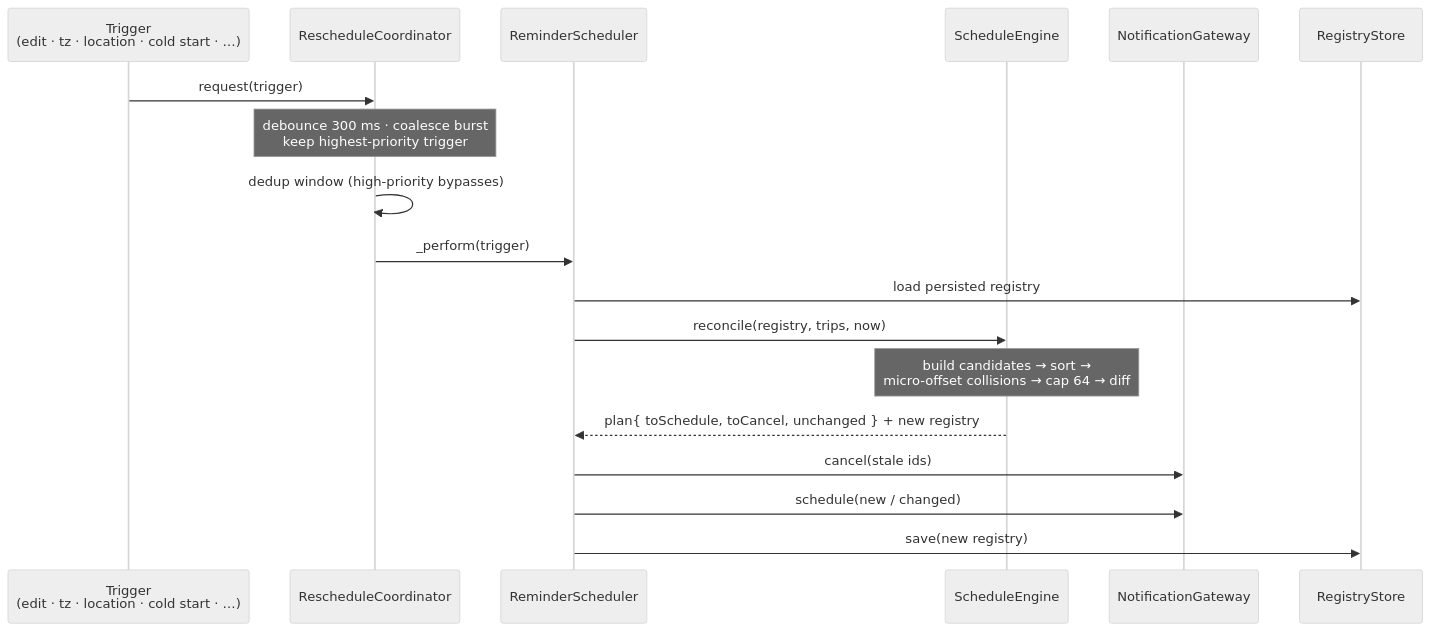
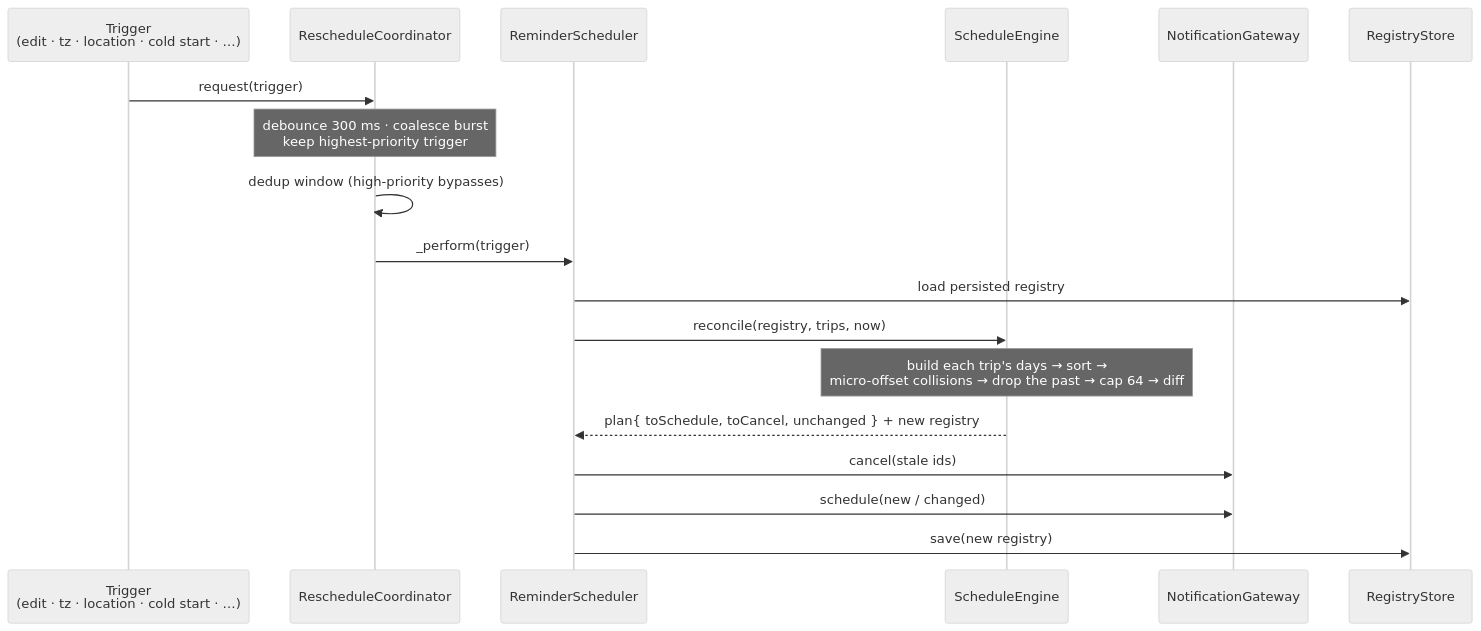
One commit to agrozdani/flutter-trip-reminder-scheduler changed the third of 3 diagrams in README.md. Above: the diagram before and after it, drawn with Mermaid (neutral theme). The commit also changed other lines of this file and 1 other file, not shown here.

````diff
--- a/README.md
+++ b/README.md
@@ -227,21 +227,21 @@
 ```mermaid
 sequenceDiagram
     participant Trig as Trigger<br/>(edit · tz · location · cold start · …)
     participant Co as RescheduleCoordinator
     participant Sch as ReminderScheduler
     participant En as ScheduleEngine
     participant Ga as NotificationGateway
     participant St as RegistryStore
 
     Trig->>Co: request(trigger)
     Note over Co: debounce 300 ms · coalesce burst<br/>keep highest-priority trigger
     Co->>Co: dedup window (high-priority bypasses)
     Co->>Sch: _perform(trigger)
     Sch->>St: load persisted registry
     Sch->>En: reconcile(registry, trips, now)
-    Note over En: build candidates → sort →<br/>micro-offset collisions → cap 64 → diff
+    Note over En: build each trip's days → sort →<br/>micro-offset collisions → drop the past → cap 64 → diff
     En-->>Sch: plan{ toSchedule, toCancel, unchanged } + new registry
     Sch->>Ga: cancel(stale ids)
     Sch->>Ga: schedule(new / changed)
     Sch->>St: save(new registry)
 ```
````
